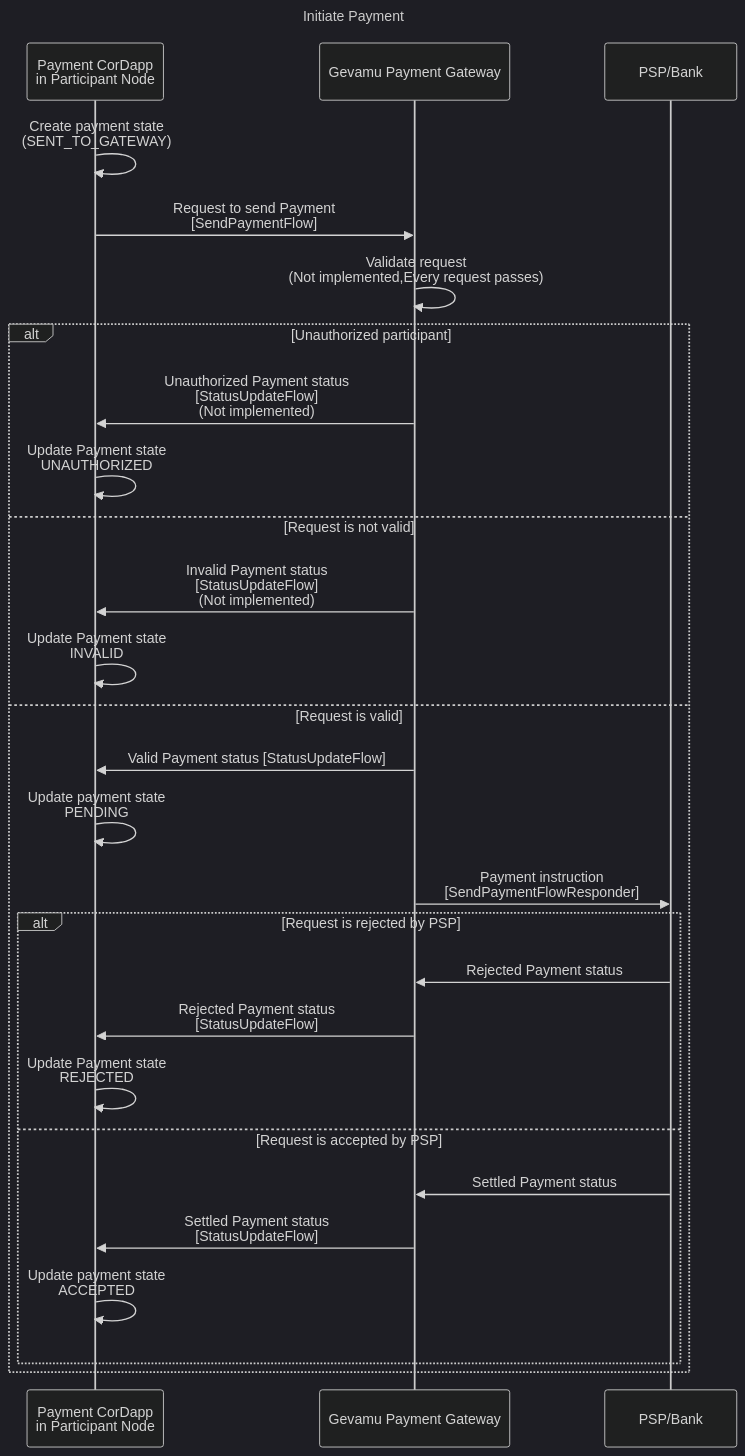
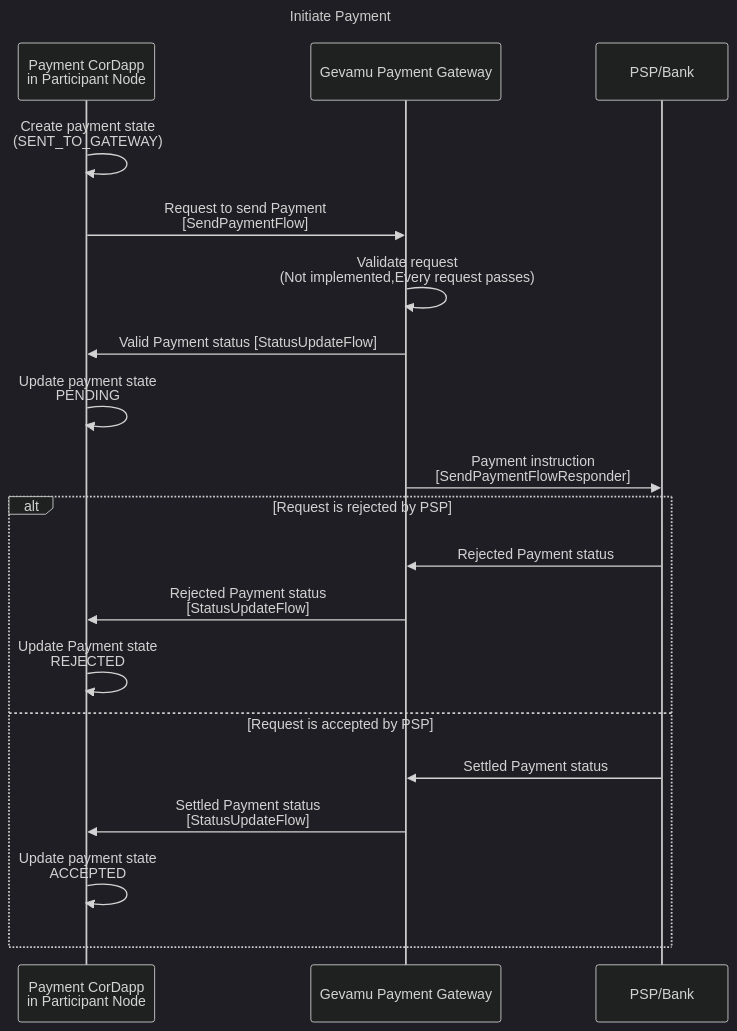
Before and after one commit to gevamu/gevamu.github.io: the diagram in content/3.workflow/4.payment-initiation.md, drawn with Mermaid (dark theme).

````diff
--- a/content/3.workflow/4.payment-initiation.md
+++ b/content/3.workflow/4.payment-initiation.md
@@ -21,51 +21,35 @@
 ```mermaid
 ---
 title: Initiate Payment
 ---
 sequenceDiagram
    
     participant pcd as Payment CorDapp<br/> in Participant Node
     participant gpg as Gevamu Payment Gateway
     participant psp as PSP/Bank
 
     pcd ->> pcd: Create payment state <br/>(SENT_TO_GATEWAY)
     pcd ->> gpg: Request to send Payment<br/>[SendPaymentFlow]
     gpg ->> gpg: Validate request<br/>(Not implemented,Every request passes)
 
-%% Unauthorized participant
-    
-    alt Unauthorized participant
-        gpg ->> pcd: Unauthorized Payment status <br/>[StatusUpdateFlow] <br/> (Not implemented)
-        pcd ->> pcd: Update Payment state <br/> UNAUTHORIZED
-
-%% invalid request
-
-    else Request is not valid
-        gpg ->> pcd: Invalid Payment status <br/> [StatusUpdateFlow] <br/> (Not implemented)
-        pcd ->> pcd: Update Payment state <br/> INVALID
-
 %% Valid request
-
-    else Request is valid
         gpg ->> pcd: Valid Payment status [StatusUpdateFlow]
         pcd ->> pcd: Update payment state <br/> PENDING
         gpg ->> psp: Payment instruction <br/> [SendPaymentFlowResponder]
 
     %% Rejected by PSP
 
         alt Request is rejected by PSP
             psp ->> gpg: Rejected Payment status
             gpg ->> pcd: Rejected Payment status <br/>  [StatusUpdateFlow]
             pcd ->> pcd: Update Payment state <br/> REJECTED
 
     %% Accepted by PSP 
 
         else Request is accepted by PSP
             psp ->> gpg: Settled Payment status
             gpg ->> pcd: Settled Payment status <br/>  [StatusUpdateFlow]
             pcd ->> pcd: Update payment state <br/> ACCEPTED
         end
 
-    end
-
 ```
````
